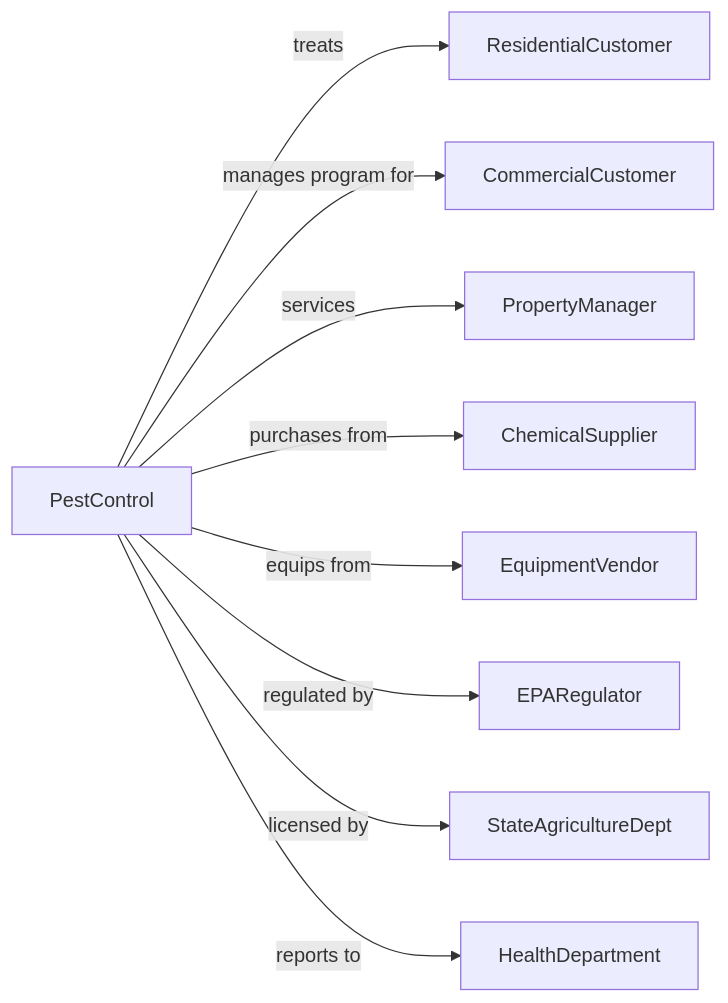
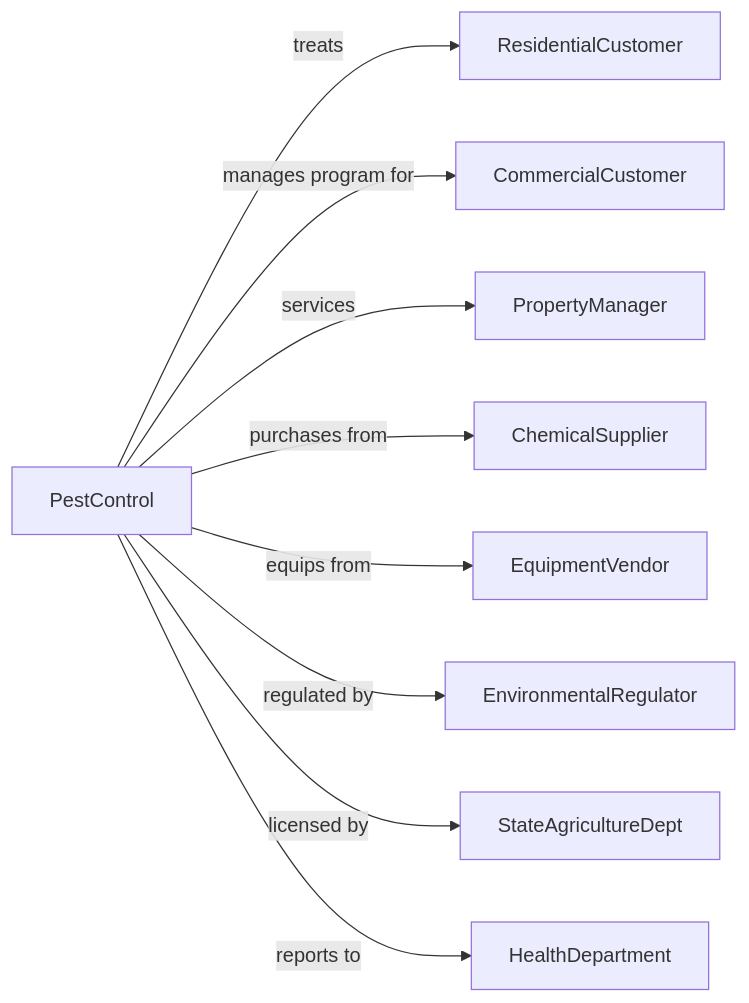
One commit to dot-org-ai/industries.org.ai changed the second of 2 diagrams in Administrative/AdministrativeAndSupportServices/ServicesToBuildingsAndDwellings/ExterminatingAndPestControlServices.mdx. Above: the diagram before and after it, drawn with Mermaid. The commit also changed other lines of this file and 639 other files, not shown here.

````diff
--- a/Administrative/AdministrativeAndSupportServices/ServicesToBuildingsAndDwellings/ExterminatingAndPestControlServices.mdx
+++ b/Administrative/AdministrativeAndSupportServices/ServicesToBuildingsAndDwellings/ExterminatingAndPestControlServices.mdx
@@ -132,13 +132,13 @@
 ```mermaid
 graph LR
     P[PestControl]
 
     P -->|treats| ResidentialCustomer
     P -->|manages program for| CommercialCustomer
     P -->|services| PropertyManager
     P -->|purchases from| ChemicalSupplier
     P -->|equips from| EquipmentVendor
-    P -->|regulated by| EPARegulator
+    P -->|regulated by| EnvironmentalRegulator
     P -->|licensed by| StateAgricultureDept
     P -->|reports to| HealthDepartment
 ```
````
